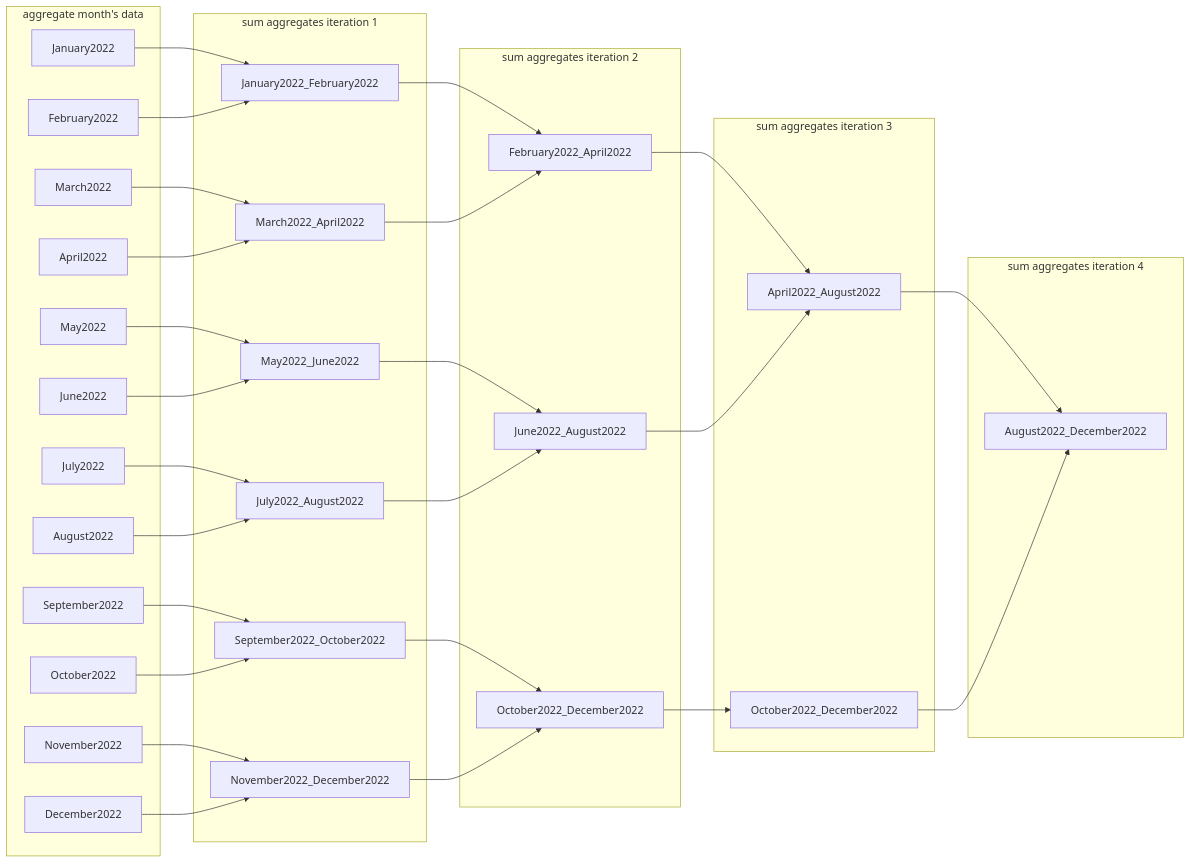
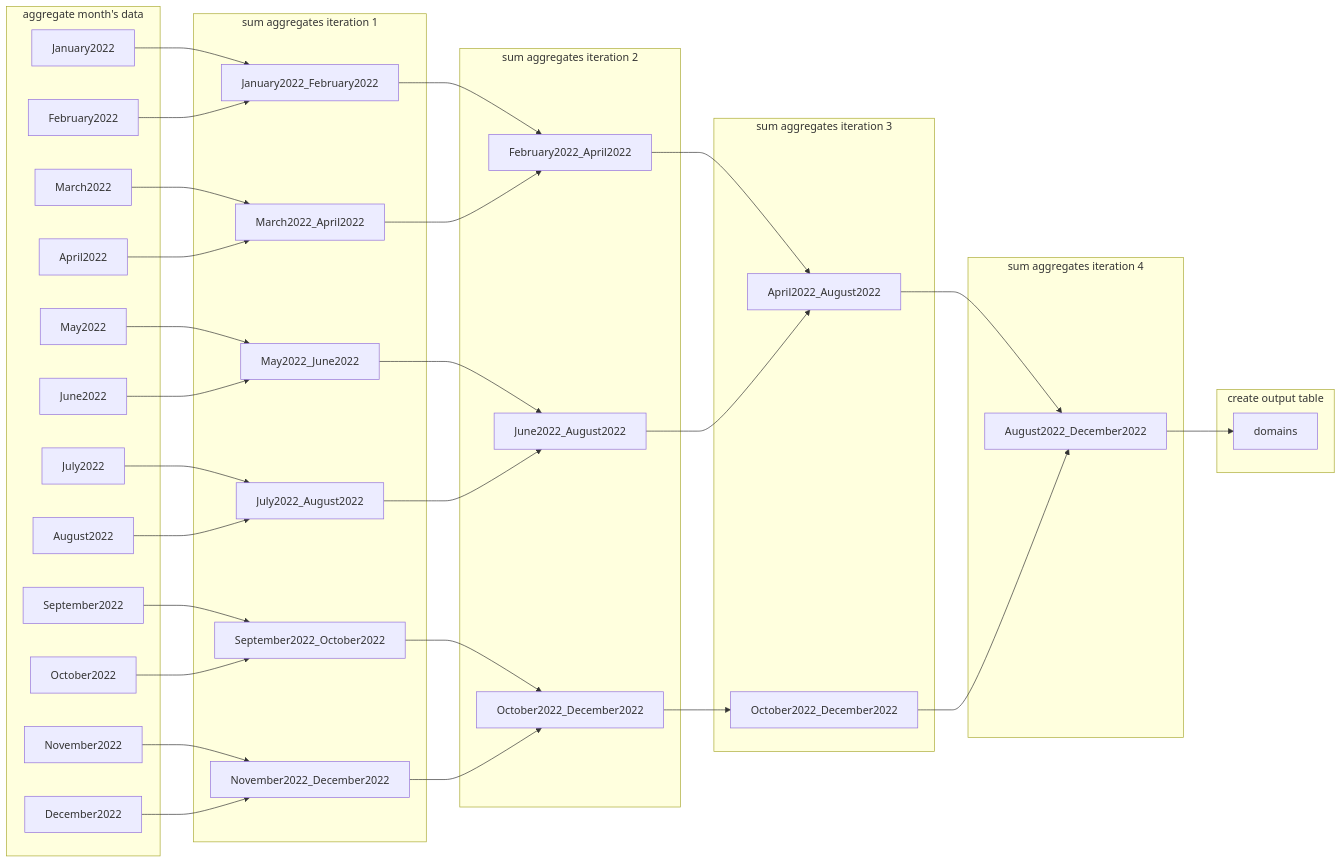
One commit to medialab/enlinkenment changed the diagram in README.md. Above: the diagram before and after it, drawn with Mermaid.

````diff
--- a/README.md
+++ b/README.md
@@ -56,55 +56,59 @@
 ```mermaid
 flowchart LR
 
 subgraph aggregate month's data
 January2022
 February2022
 March2022
 April2022
 May2022
 June2022
 July2022
 August2022
 September2022
 October2022
 November2022
 December2022
 end
 
 subgraph sum aggregates iteration 1
 January2022 --> January2022_February2022
 February2022 --> January2022_February2022
 March2022 --> March2022_April2022
 April2022 --> March2022_April2022
 May2022 --> May2022_June2022
 June2022 --> May2022_June2022
 July2022 --> July2022_August2022
 August2022 --> July2022_August2022
 September2022 --> September2022_October2022
 October2022 --> September2022_October2022
 November2022 --> November2022_December2022
 December2022 --> November2022_December2022
 end
 
 subgraph sum aggregates iteration 2
 January2022_February2022 --> February2022_April2022
 March2022_April2022 --> February2022_April2022
 May2022_June2022 --> June2022_August2022
 July2022_August2022 --> June2022_August2022
 September2022_October2022 --> October2022_December2022
 November2022_December2022 --> October2022_December2022
 end
 
 subgraph sum aggregates iteration 3
 February2022_April2022 --> April2022_August2022
 June2022_August2022 --> April2022_August2022
 October2022_December2022 --> repeat_October2022_December2022[October2022_December2022]
 end
 
 subgraph sum aggregates iteration 4
 April2022_August2022 --> August2022_December2022
 repeat_October2022_December2022 --> August2022_December2022
 end
 
+subgraph create output table
+August2022_December2022 --> domains
+end
+
 
 ```
````
